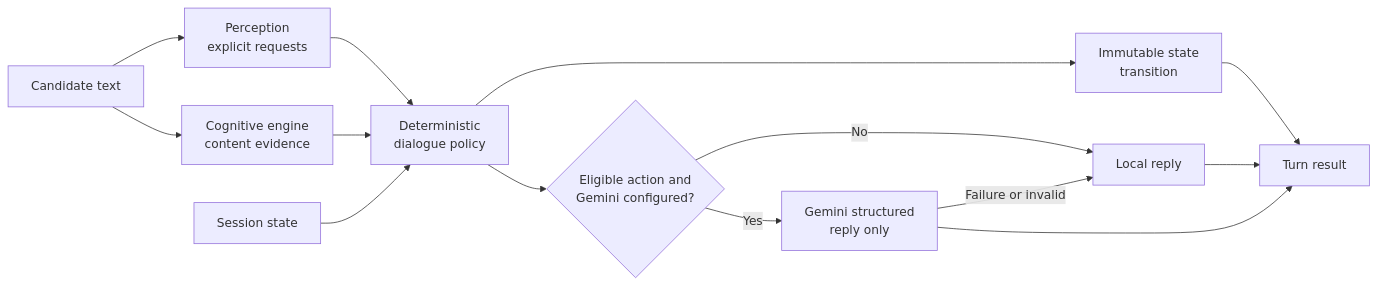
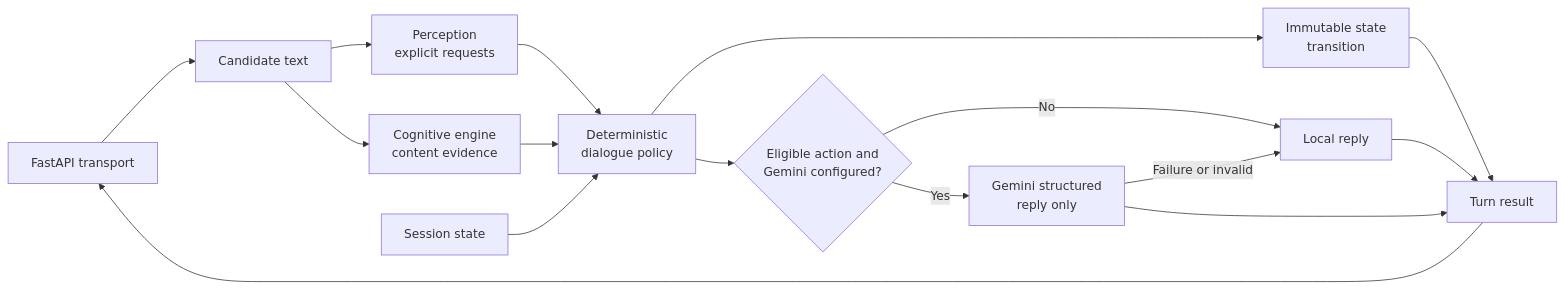
One commit to koalaruu/multimodal-reasoning-companion changed the diagram in README.md. Above: the diagram before and after it, drawn with Mermaid. The commit also changed other lines of this file and 6 other files, not shown here.

````diff
--- a/README.md
+++ b/README.md
@@ -15,16 +15,18 @@
 ```mermaid
 flowchart LR
-    A[Candidate text] --> B[Perception<br/>explicit requests]
+    K[FastAPI transport] --> A[Candidate text]
+    A --> B[Perception<br/>explicit requests]
     A --> C[Cognitive engine<br/>content evidence]
     B --> D[Deterministic<br/>dialogue policy]
     C --> D
     E[Session state] --> D
     D --> F[Immutable state<br/>transition]
     D --> G{Eligible action and<br/>Gemini configured?}
     G -->|No| H[Local reply]
     G -->|Yes| I[Gemini structured<br/>reply only]
     I -->|Failure or invalid| H
     F --> J[Turn result]
     H --> J
     I --> J
+    J --> K
 ```
````
